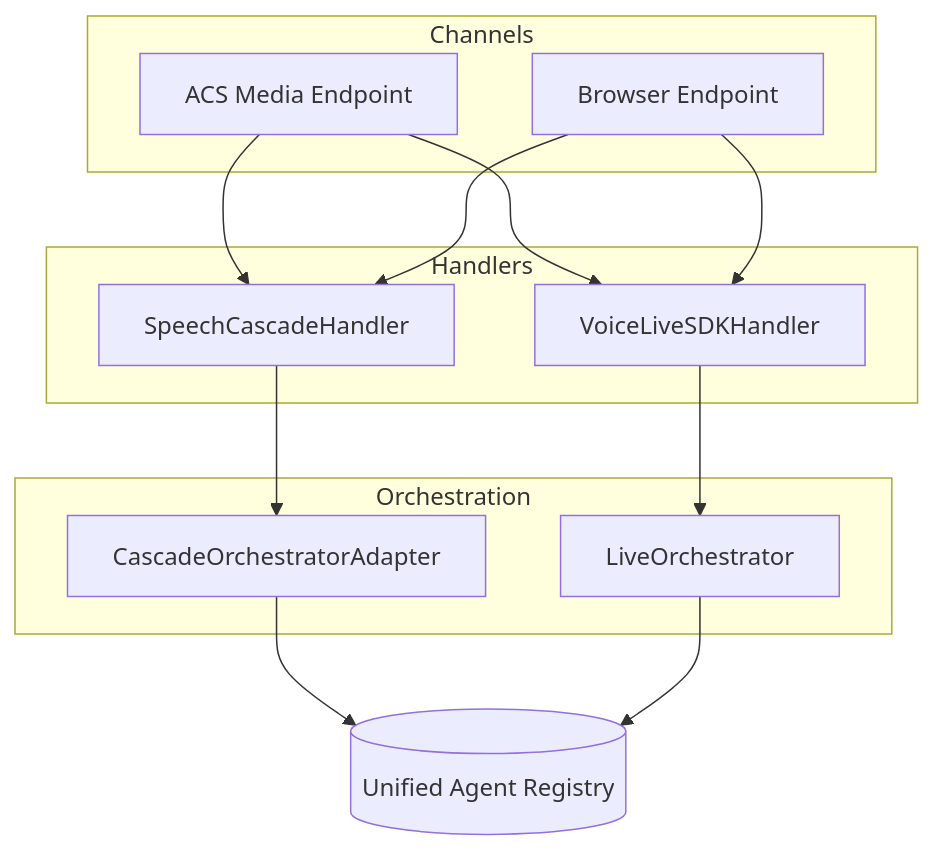
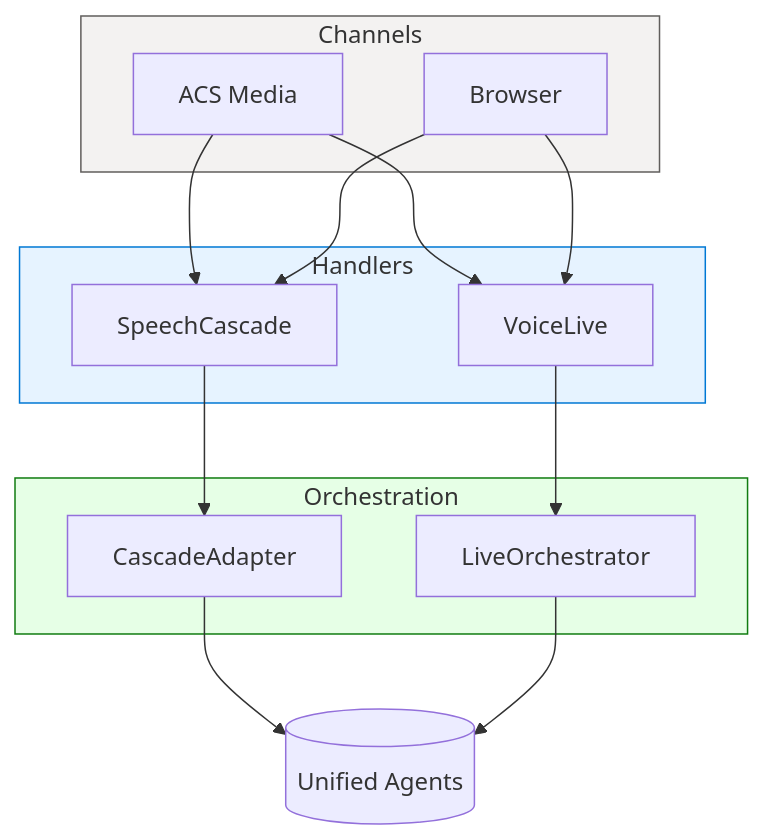
One commit to Azure-Samples/art-voice-agent-accelerator changed the third of 3 diagrams in docs/architecture/speech/README.md. Above: the diagram before and after it, drawn with Mermaid. The commit also changed 62 other files, not shown here.

````diff
--- a/docs/architecture/speech/README.md
+++ b/docs/architecture/speech/README.md
@@ -60,30 +60,34 @@
 ```mermaid
 flowchart TB
-    subgraph Channels
-        ACS[ACS Media Endpoint]
-        Browser[Browser Endpoint]
+    subgraph Channels[Channels]
+        ACS[ACS Media]
+        Browser[Browser]
     end
     
-    subgraph Handlers
-        Cascade[SpeechCascadeHandler]
-        VL[VoiceLiveSDKHandler]
+    subgraph Handlers[Handlers]
+        Cascade[SpeechCascade]
+        VL[VoiceLive]
     end
     
-    subgraph Orchestration
-        CO[CascadeOrchestratorAdapter]
+    subgraph Orchestration[Orchestration]
+        CO[CascadeAdapter]
         LO[LiveOrchestrator]
     end
     
-    Agents[(Unified Agent Registry)]
+    Agents[(Unified Agents)]
     
     ACS --> Cascade
     ACS --> VL
     Browser --> Cascade
     Browser --> VL
     
     Cascade --> CO
     VL --> LO
     
     CO --> Agents
     LO --> Agents
+    
+    style Channels fill:#F3F2F1,stroke:#605E5C
+    style Handlers fill:#E6F3FF,stroke:#0078D4
+    style Orchestration fill:#E6FFE6,stroke:#107C10
 ```
````
